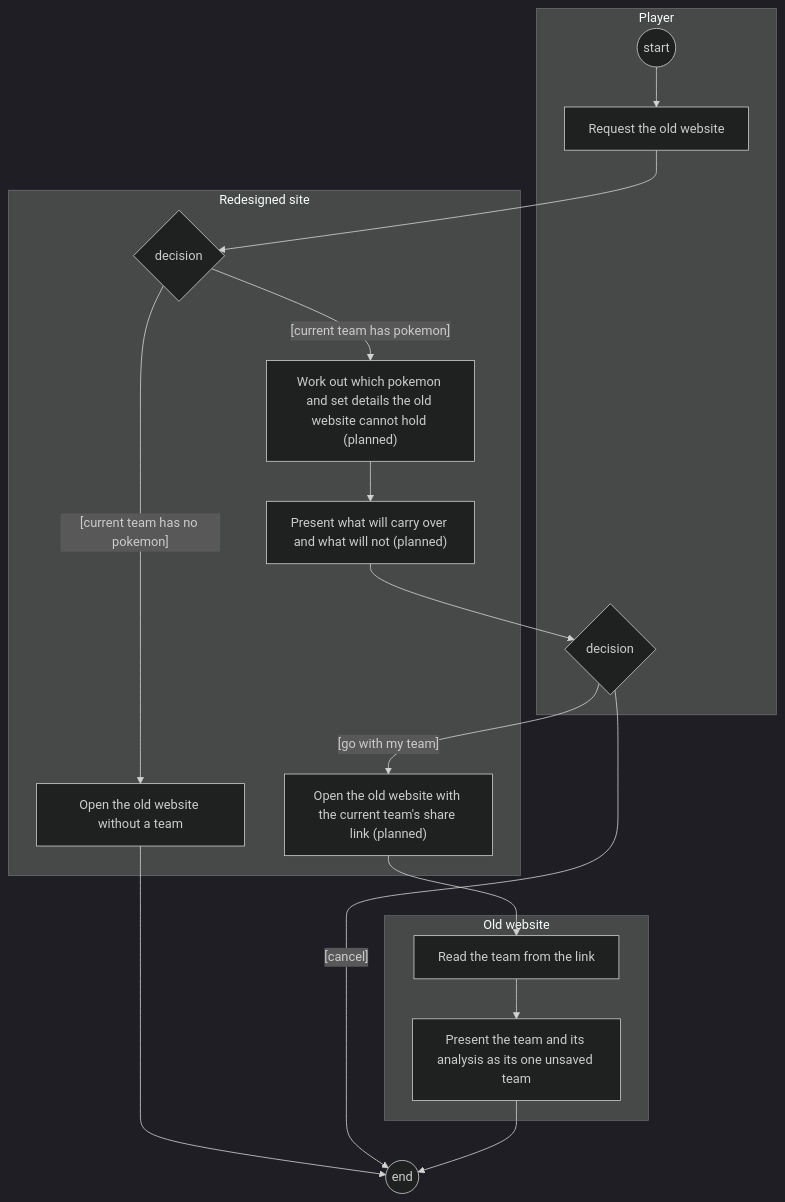
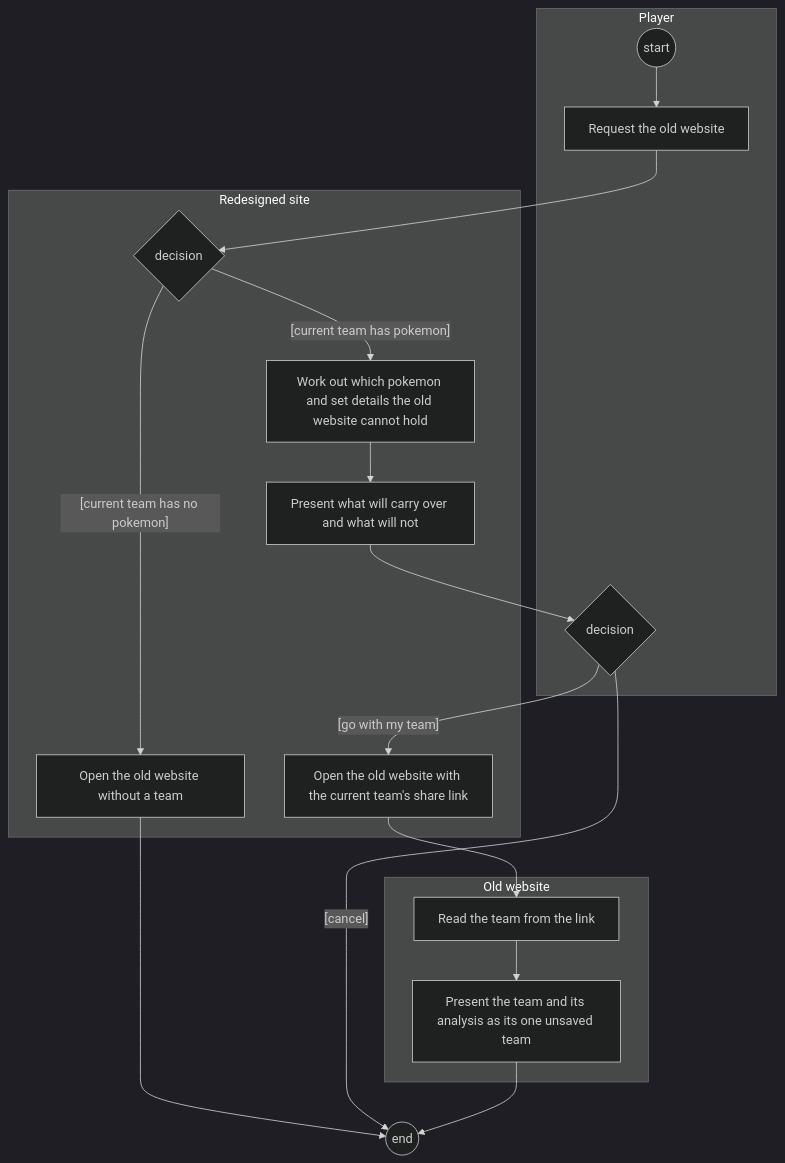
Before and after one commit to projeffboy/my-pokemon-team: the eighth of 8 diagrams in docs/requirements/09-scenario-models.md, drawn with Mermaid (dark theme). The commit also changed other lines of this file and 4 other files, not shown here.

First line of the commit message:
Describe the team transfer to the old website as built

````diff
--- a/docs/requirements/09-scenario-models.md
+++ b/docs/requirements/09-scenario-models.md
@@ -284,24 +284,24 @@
 ```mermaid
 flowchart TD
   subgraph Player
     start((start)) --> Ask[Request the old website]
     Confirm{decision}
   end
   subgraph Here["Redesigned site"]
     Empty{decision}
-    Work["Work out which pokemon and set details the old website cannot hold (planned)"]
-    Warn["Present what will carry over and what will not (planned)"]
-    Go["Open the old website with the current team's share link (planned)"]
+    Work["Work out which pokemon and set details the old website cannot hold"]
+    Warn["Present what will carry over and what will not"]
+    Go["Open the old website with the current team's share link"]
     Plain[Open the old website without a team]
   end
   subgraph There["Old website"]
     Read[Read the team from the link]
     Show[Present the team and its analysis as its one unsaved team]
   end
   finish((end))
   Ask --> Empty
   Empty -- "[current team has no pokemon]" --> Plain --> finish
   Empty -- "[current team has pokemon]" --> Work --> Warn --> Confirm
   Confirm -- "[cancel]" --> finish
   Confirm -- "[go with my team]" --> Go --> Read --> Show --> finish
 ```
````
